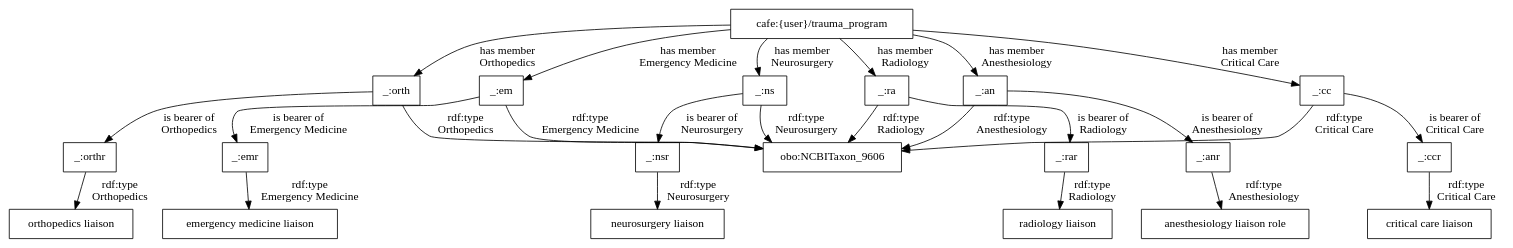
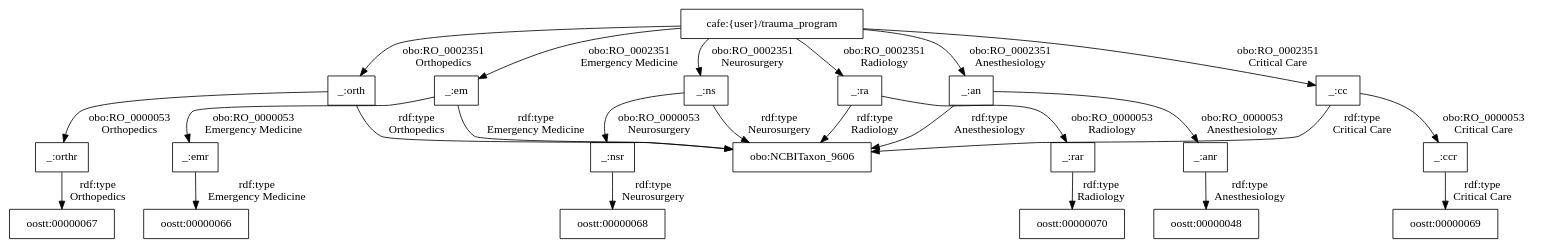
One commit to utecht/dideo-server changed the diagram in cafe/graphs/37.dot. Above: the diagram before and after it, drawn with Graphviz. The commit also changed 17 other files, not shown here.

```diff
--- a/cafe/graphs/37.dot
+++ b/cafe/graphs/37.dot
@@ -1,51 +1,51 @@
 digraph g { node [shape=rectangle];
 graph [splines=true, nodesep=.5, ranksep=0, overlap=false];
-"cafe:{user}/trauma_program" -> "_:em" [label="has member
+"cafe:{user}/trauma_program" -> "_:em" [label="obo:RO_0002351
 Emergency Medicine"]
 "_:em" -> "obo:NCBITaxon_9606" [label="rdf:type
 Emergency Medicine"]
-"_:em" -> "_:emr" [label="is bearer of
+"_:em" -> "_:emr" [label="obo:RO_0000053
 Emergency Medicine"]
-"_:emr" -> "emergency medicine liaison" [label="rdf:type
+"_:emr" -> "oostt:00000066" [label="rdf:type
 Emergency Medicine"]
-"cafe:{user}/trauma_program" -> "_:orth" [label="has member
+"cafe:{user}/trauma_program" -> "_:orth" [label="obo:RO_0002351
 Orthopedics"]
 "_:orth" -> "obo:NCBITaxon_9606" [label="rdf:type
 Orthopedics"]
-"_:orth" -> "_:orthr" [label="is bearer of
+"_:orth" -> "_:orthr" [label="obo:RO_0000053
 Orthopedics"]
-"_:orthr" -> "orthopedics liaison" [label="rdf:type
+"_:orthr" -> "oostt:00000067" [label="rdf:type
 Orthopedics"]
-"cafe:{user}/trauma_program" -> "_:ns" [label="has member
+"cafe:{user}/trauma_program" -> "_:ns" [label="obo:RO_0002351
 Neurosurgery"]
 "_:ns" -> "obo:NCBITaxon_9606" [label="rdf:type
 Neurosurgery"]
-"_:ns" -> "_:nsr" [label="is bearer of
+"_:ns" -> "_:nsr" [label="obo:RO_0000053
 Neurosurgery"]
-"_:nsr" -> "neurosurgery liaison" [label="rdf:type
+"_:nsr" -> "oostt:00000068" [label="rdf:type
 Neurosurgery"]
-"cafe:{user}/trauma_program" -> "_:an" [label="has member
+"cafe:{user}/trauma_program" -> "_:an" [label="obo:RO_0002351
 Anesthesiology"]
 "_:an" -> "obo:NCBITaxon_9606" [label="rdf:type
 Anesthesiology"]
-"_:an" -> "_:anr" [label="is bearer of
+"_:an" -> "_:anr" [label="obo:RO_0000053
 Anesthesiology"]
-"_:anr" -> "anesthesiology liaison role" [label="rdf:type
+"_:anr" -> "oostt:00000048" [label="rdf:type
 Anesthesiology"]
-"cafe:{user}/trauma_program" -> "_:cc" [label="has member
+"cafe:{user}/trauma_program" -> "_:cc" [label="obo:RO_0002351
 Critical Care"]
 "_:cc" -> "obo:NCBITaxon_9606" [label="rdf:type
 Critical Care"]
-"_:cc" -> "_:ccr" [label="is bearer of
+"_:cc" -> "_:ccr" [label="obo:RO_0000053
 Critical Care"]
-"_:ccr" -> "critical care liaison" [label="rdf:type
+"_:ccr" -> "oostt:00000069" [label="rdf:type
 Critical Care"]
-"cafe:{user}/trauma_program" -> "_:ra" [label="has member
+"cafe:{user}/trauma_program" -> "_:ra" [label="obo:RO_0002351
 Radiology"]
 "_:ra" -> "obo:NCBITaxon_9606" [label="rdf:type
 Radiology"]
-"_:ra" -> "_:rar" [label="is bearer of
+"_:ra" -> "_:rar" [label="obo:RO_0000053
 Radiology"]
-"_:rar" -> "radiology liaison" [label="rdf:type
+"_:rar" -> "oostt:00000070" [label="rdf:type
 Radiology"]
 }
```
